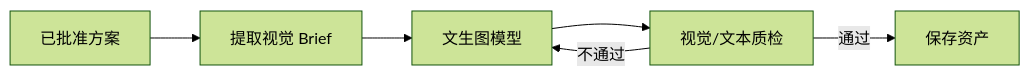
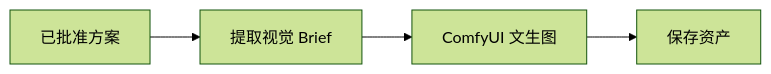
The diagram in docs/06-模型接入与提示词策略.md (IsGodmini/muti-agents-projects), drawn with Mermaid (forest theme) before and after one commit. The commit also changed other lines of this file and 13 other files, not shown here.

````diff
--- a/docs/06-模型接入与提示词策略.md
+++ b/docs/06-模型接入与提示词策略.md
@@ -97,8 +92,6 @@
 ```mermaid
 flowchart LR
     P["已批准方案"] --> B["提取视觉 Brief"]
-    B --> G["文生图模型"]
-    G --> V["视觉/文本质检"]
-    V -->|通过| A["保存资产"]
-    V -->|不通过| G
+    B --> G["ComfyUI 文生图"]
+    G --> A["保存资产"]
 ```
````
